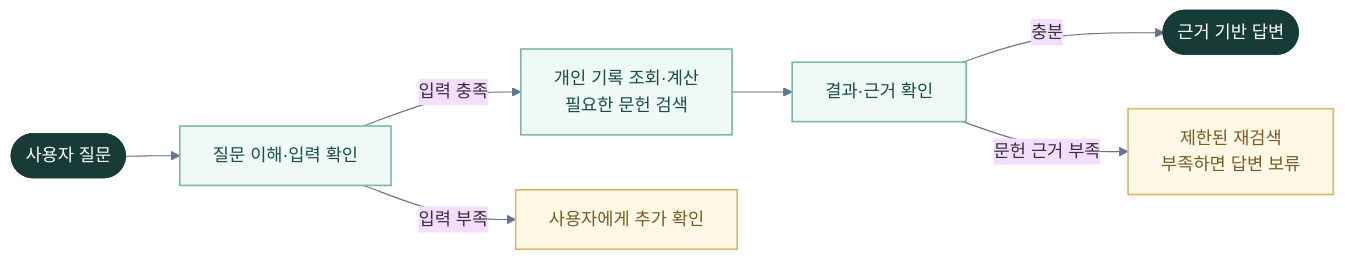
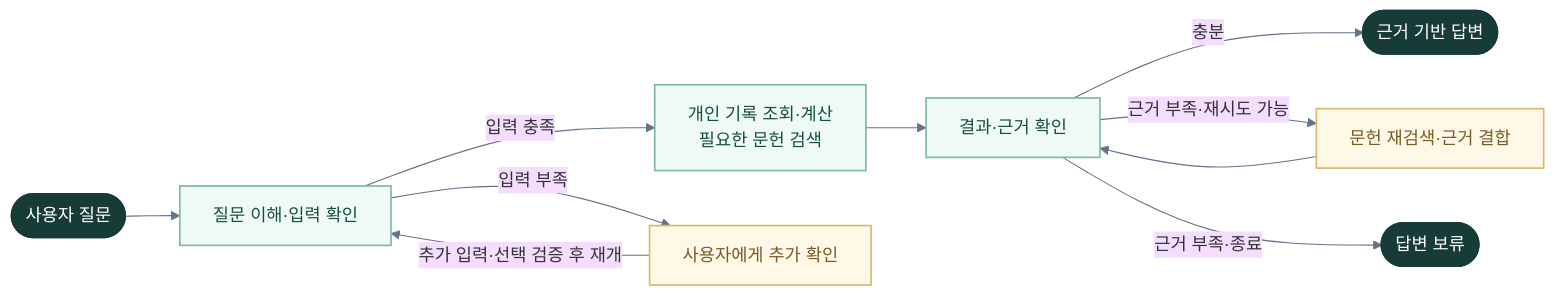
The diagram in README.md (dongwooji/agentic-rag-training), drawn with Mermaid before and after one commit. The commit also changed other lines of this file and 1 other file, not shown here.

````diff
--- a/README.md
+++ b/README.md
@@ -34,17 +34,20 @@
 ```mermaid
 %%{init: {"theme": "base", "themeVariables": {"fontFamily": "Noto Sans KR, sans-serif", "fontSize": "16px", "lineColor": "#64748b"}, "flowchart": {"curve": "basis"}}}%%
 flowchart LR
     Q(["사용자 질문"]) --> I["질문 이해·입력 확인"]
     I -->|입력 충족| T["개인 기록 조회·계산<br/>필요한 문헌 검색"]
     I -->|입력 부족| C["사용자에게 추가 확인"]
+    C -->|추가 입력·선택 검증 후 재개| I
     T --> V["결과·근거 확인"]
     V -->|충분| A(["근거 기반 답변"])
-    V -->|문헌 근거 부족| R["제한된 재검색<br/>부족하면 답변 보류"]
+    V -->|근거 부족·재시도 가능| R["문헌 재검색·근거 결합"]
+    R --> V
+    V -->|근거 부족·종료| B(["답변 보류"])
 
     classDef main fill:#effaf6,stroke:#7cb8a6,color:#174e43,stroke-width:1.5px;
     classDef terminal fill:#173b36,stroke:#173b36,color:#ffffff,stroke-width:2px;
     classDef attention fill:#fff8e7,stroke:#d9b968,color:#785b24,stroke-width:1.5px;
     class I,T,V main;
-    class Q,A terminal;
+    class Q,A,B terminal;
     class C,R attention;
 ```
````
